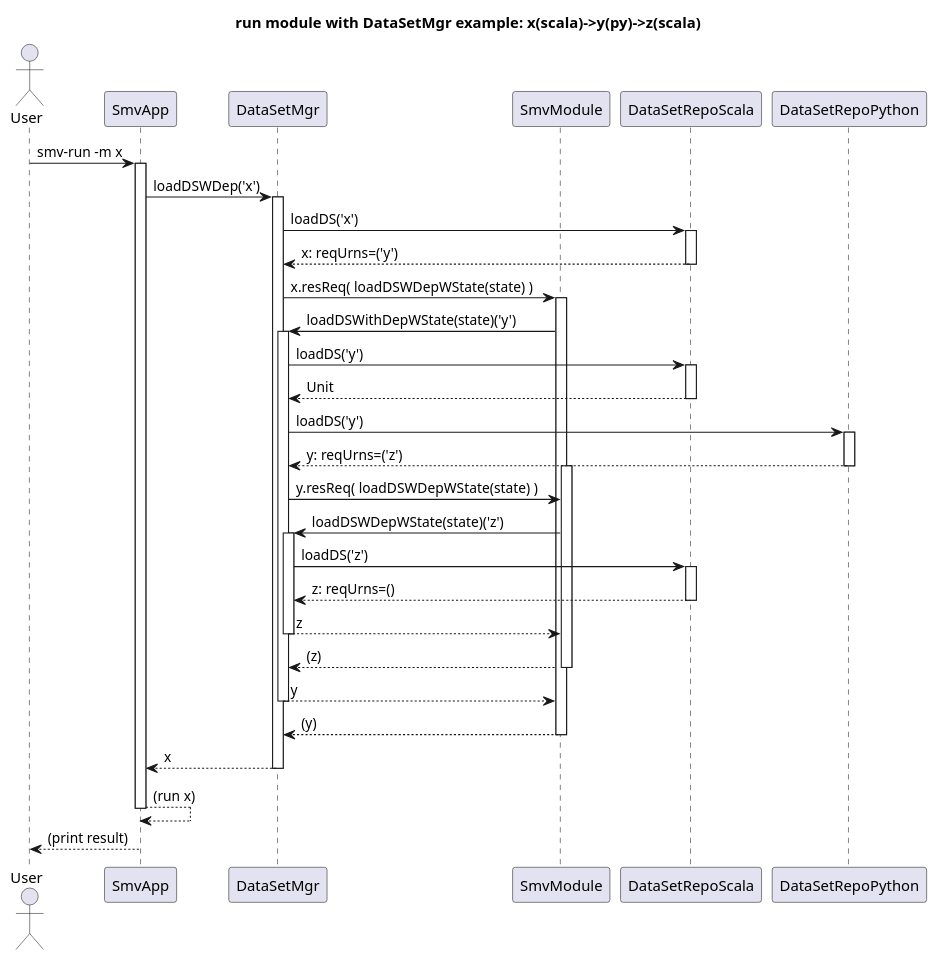
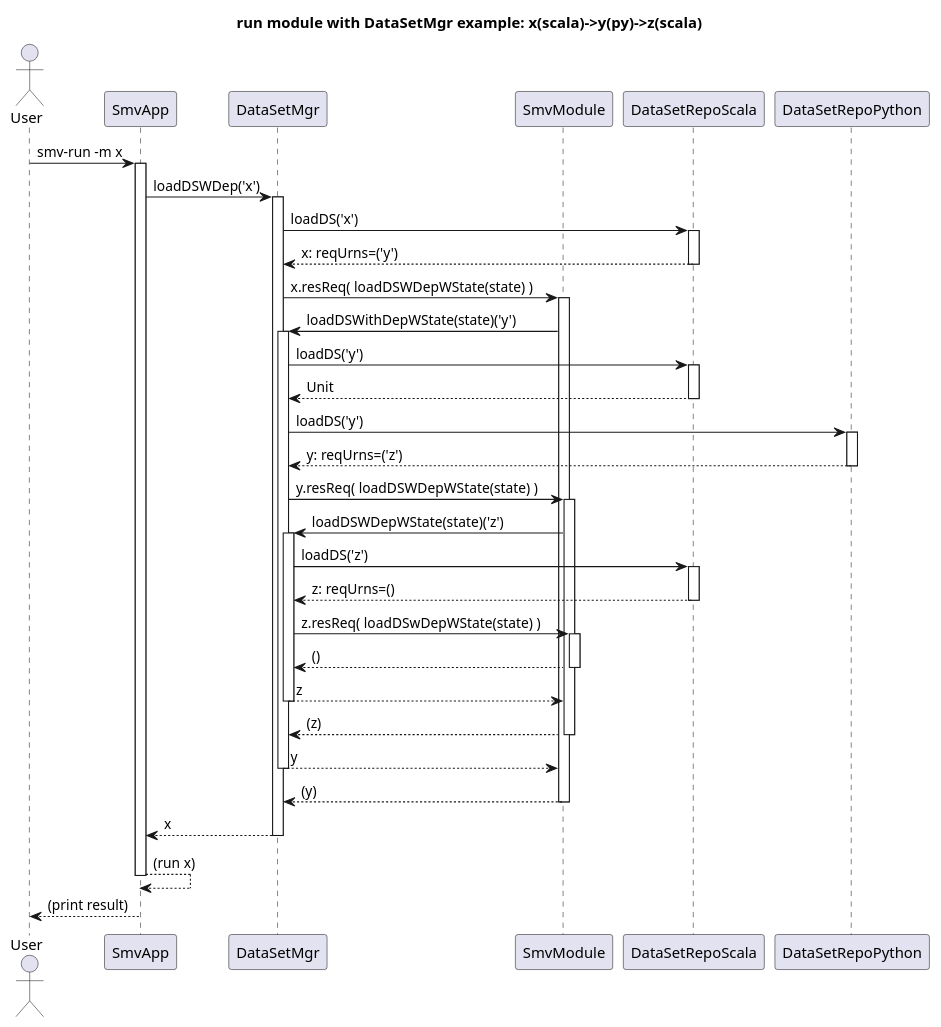
Before and after one commit to TresAmigosSD/SMV: the diagram in docs/design/DataSetMgr/DataSetMgr_seq.puml, drawn with PlantUML.

Commit message:
fix DataSetMgr seq diagram

```diff
--- a/docs/design/DataSetMgr/DataSetMgr_seq.puml
+++ b/docs/design/DataSetMgr/DataSetMgr_seq.puml
@@ -1,71 +1,78 @@
 @startuml
 title run module with DataSetMgr example: x(scala)->y(py)->z(scala)
 
 Actor User
 Participant SmvApp as app
 Participant DataSetMgr as dsm
 Participant SmvModule as mod
 Participant DataSetRepoScala as dsrs
 Participant DataSetRepoPython as dsrp
 
 
 User -> app: smv-run -m x
 activate app
   app -> dsm: loadDSWDep('x')
   activate dsm
     dsm -> dsrs: loadDS('x')
 
     activate dsrs
       dsrs --> dsm: x: reqUrns=('y')
     deactivate dsrs
 
     dsm -> mod: x.resReq( loadDSWDepWState(state) )
 
     activate mod
       mod -> dsm: loadDSWithDepWState(state)('y')
 
       activate dsm
         dsm -> dsrs: loadDS('y')
 
         activate dsrs
           dsrs --> dsm: Unit
         deactivate dsrs
 
         dsm -> dsrp: loadDS('y')
 
         activate dsrp
           dsrp --> dsm: y: reqUrns=('z')
         deactivate dsrp
 
+        dsm -> mod: y.resReq( loadDSWDepWState(state) )
+
         activate mod
-          dsm -> mod: y.resReq( loadDSWDepWState(state) )
           mod -> dsm: loadDSWDepWState(state)('z')
 
           activate dsm
             dsm -> dsrs: loadDS('z')
 
             activate dsrs
               dsrs --> dsm: z: reqUrns=()
             deactivate dsrs
+
+            dsm -> mod: z.resReq( loadDSwDepWState(state) )
+
+            activate mod
+              mod --> dsm: ()
+            deactivate mod
 
             dsm --> mod: z
           deactivate dsm
 
           mod --> dsm: (z)
         deactivate mod
 
         dsm --> mod: y
       deactivate dsm
 
       mod --> dsm: (y)
     deactivate mod
 
     dsm --> app: x
   deactivate dsm
 
   app --> app: (run x)
 deactivate app
 
 app --> User: (print result)
 
 @enduml
```
